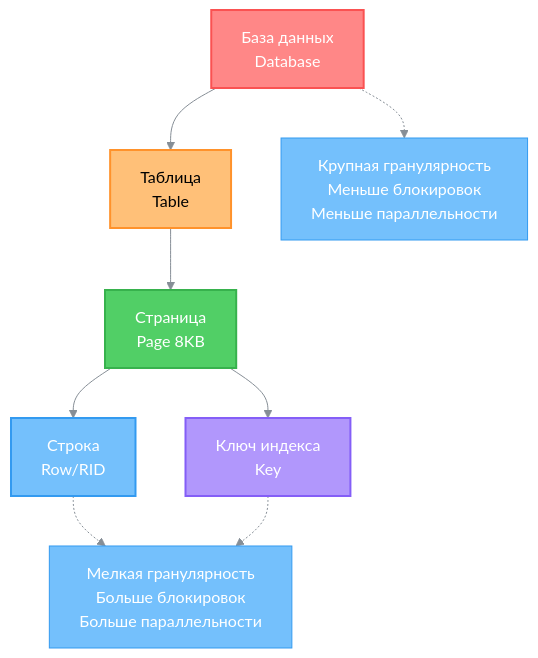
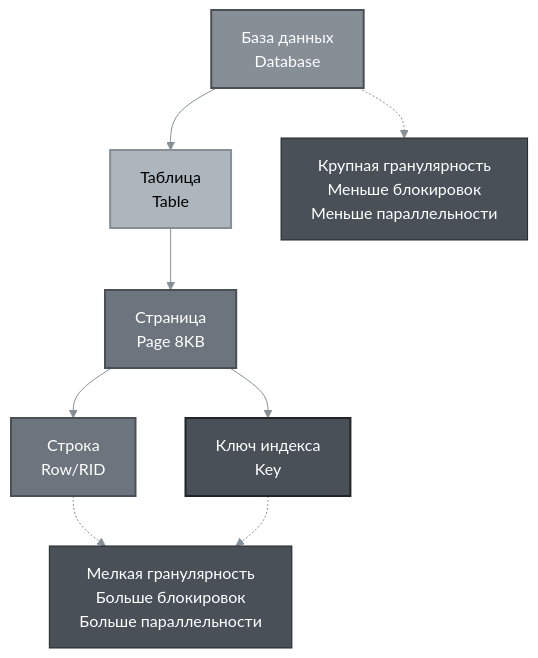
Diagram 11 of 23 in db_exam.md (alx314vo/db_exam), drawn with Mermaid before and after one commit. The commit also changed other lines of this file, not shown here.

````diff
--- a/db_exam.md
+++ b/db_exam.md
@@ -572,21 +572,21 @@
 ```mermaid
-%%{init: {'theme':'base', 'themeVariables': {'primaryColor':'#74c0fc','primaryTextColor':'#fff','primaryBorderColor':'#339af0','lineColor':'#868e96','secondaryColor':'#868e96','tertiaryColor':'#ffc078','background':'#ffffff','textColor':'#212529'}}}%%
+%%{init: {'theme':'base', 'themeVariables': {'primaryColor':'#495057','primaryTextColor':'#fff','primaryBorderColor':'#212529','lineColor':'#868e96','secondaryColor':'#6c757d','tertiaryColor':'#adb5bd','background':'#ffffff','textColor':'#212529'}}}%%
 graph TD
     A[База данных<br/>Database] --> B[Таблица<br/>Table]
     B --> C[Страница<br/>Page 8KB]
     C --> D[Строка<br/>Row/RID]
     C --> E[Ключ индекса<br/>Key]
     
-    style A fill:#ff8787,stroke:#fa5252,stroke-width:2px,color:#fff
-    style B fill:#ffc078,stroke:#ff922b,stroke-width:2px,color:#000
-    style C fill:#51cf66,stroke:#37b24d,stroke-width:2px,color:#fff
-    style D fill:#74c0fc,stroke:#339af0,stroke-width:2px,color:#fff
-    style E fill:#b197fc,stroke:#845ef7,stroke-width:2px,color:#fff
+    style A fill:#868e96,stroke:#495057,stroke-width:2px,color:#fff
+    style B fill:#adb5bd,stroke:#868e96,stroke-width:2px,color:#000
+    style C fill:#6c757d,stroke:#495057,stroke-width:2px,color:#fff
+    style D fill:#6c757d,stroke:#495057,stroke-width:2px,color:#fff
+    style E fill:#495057,stroke:#212529,stroke-width:2px,color:#fff
     
     note1[Крупная гранулярность<br/>Меньше блокировок<br/>Меньше параллельности]
     note2[Мелкая гранулярность<br/>Больше блокировок<br/>Больше параллельности]
     
     A -.-> note1
     D -.-> note2
     E -.-> note2
 ```
````
